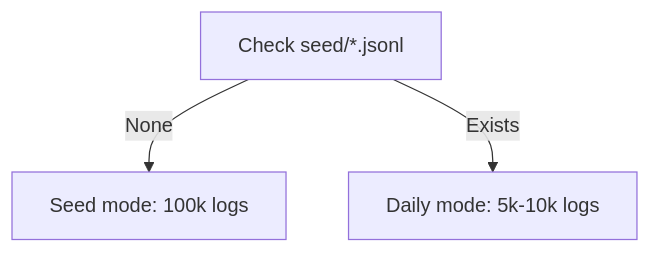
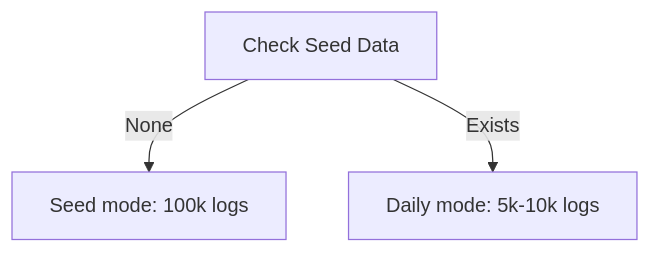
Before and after one commit to KayvanShah1/b2b-ecommerce-platform: the sixth of 7 diagrams in packages/b2b_ec_sources/README.md, drawn with Mermaid. The commit also changed other lines of this file and 5 other files, not shown here.

````diff
--- a/packages/b2b_ec_sources/README.md
+++ b/packages/b2b_ec_sources/README.md
@@ -174,5 +206,5 @@
 ```mermaid
 flowchart TD
-  S0["Check seed/*.jsonl"] -->|None| S1[Seed mode: 100k logs]
+  S0["Check Seed Data"] -->|None| S1[Seed mode: 100k logs]
   S0 -->|Exists| S2[Daily mode: 5k-10k logs]
 ```
````
